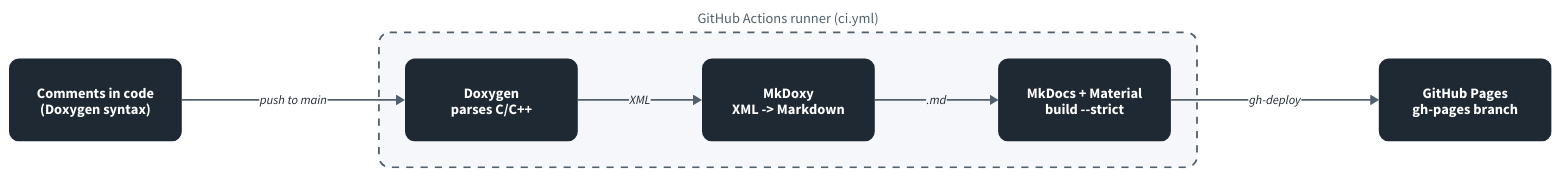
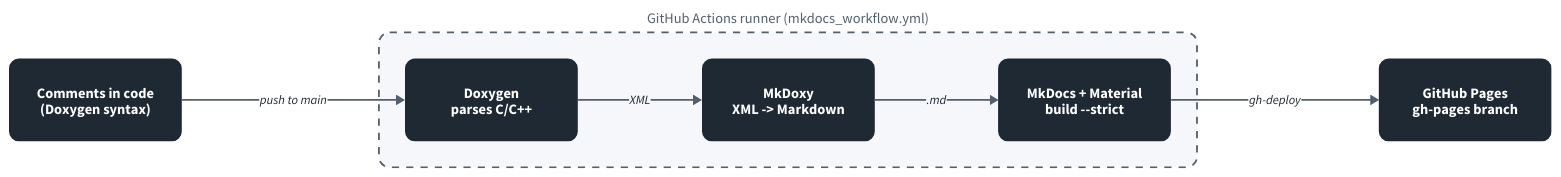
The diagram in docs/images/githubaction_workflow.d2 (Spaceflight-Rocketry-Giessen-e-V/Telemetry), drawn with D2 before and after one commit. The commit also changed 6 other files, not shown here.

```diff
--- a/docs/images/githubaction_workflow.d2
+++ b/docs/images/githubaction_workflow.d2
@@ -1,56 +1,56 @@
 # Firmware documentation pipeline (docs/pipelines.md)
 # Render: d2 --pad=40 githubaction_workflow.d2 githubaction_workflow.svg
 direction: right
 
 vars: {
   dark: "#1f2933"
   mid: "#52606d"
   light: "#f5f7fa"
 }
 
 classes: {
   stage: {
     style: {
       fill: ${dark}
       stroke: ${dark}
       font-color: "#ffffff"
       border-radius: 10
       font-size: 16
     }
     width: 190
     height: 90
   }
   edge: {
     style: {
       stroke: ${mid}
       stroke-width: 2
       font-size: 14
       font-color: ${dark}
     }
   }
 }
 
 src: "Comments in code\n(Doxygen syntax)" {class: stage}
 
-runner: GitHub Actions runner (ci.yml) {
+runner: GitHub Actions runner (mkdocs_workflow.yml) {
   style: {
     fill: ${light}
     stroke: ${mid}
     stroke-dash: 4
     border-radius: 12
     font-color: ${mid}
     font-size: 16
   }
 
   doxygen: "Doxygen\nparses C/C++" {class: stage}
   mkdoxy: "MkDoxy\nXML -> Markdown" {class: stage}
   mkdocs: "MkDocs + Material\nbuild --strict" {class: stage}
 
   doxygen -> mkdoxy: XML {class: edge}
   mkdoxy -> mkdocs: .md {class: edge}
 }
 
 pages: "GitHub Pages\ngh-pages branch" {class: stage}
 
 src -> runner.doxygen: push to main {class: edge}
 runner.mkdocs -> pages: gh-deploy {class: edge}
```
